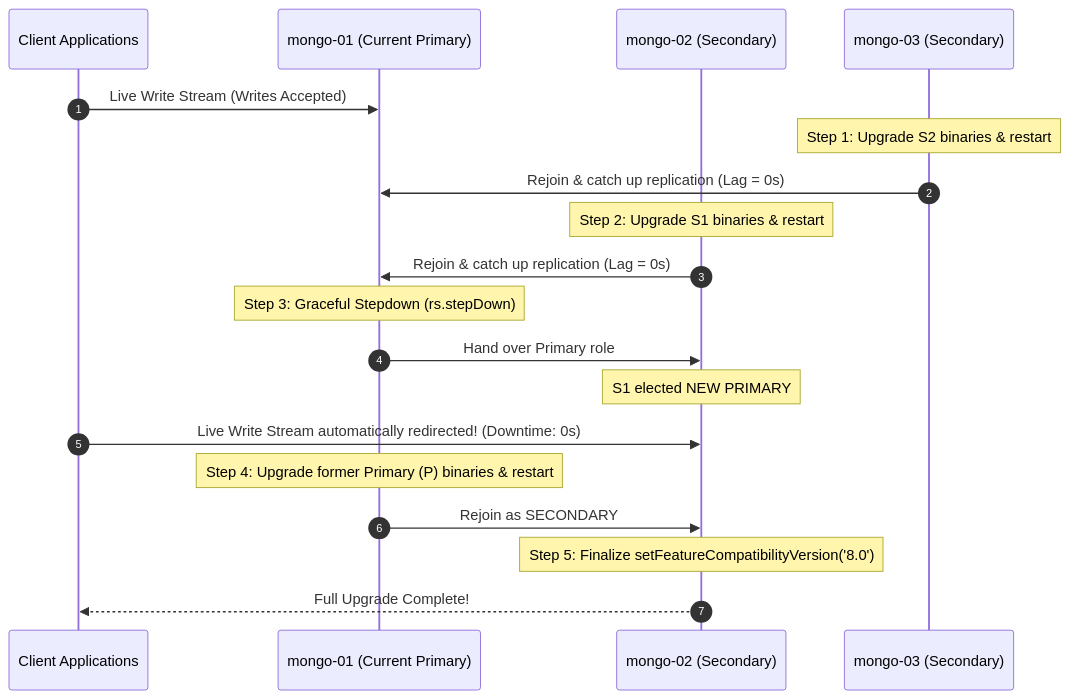
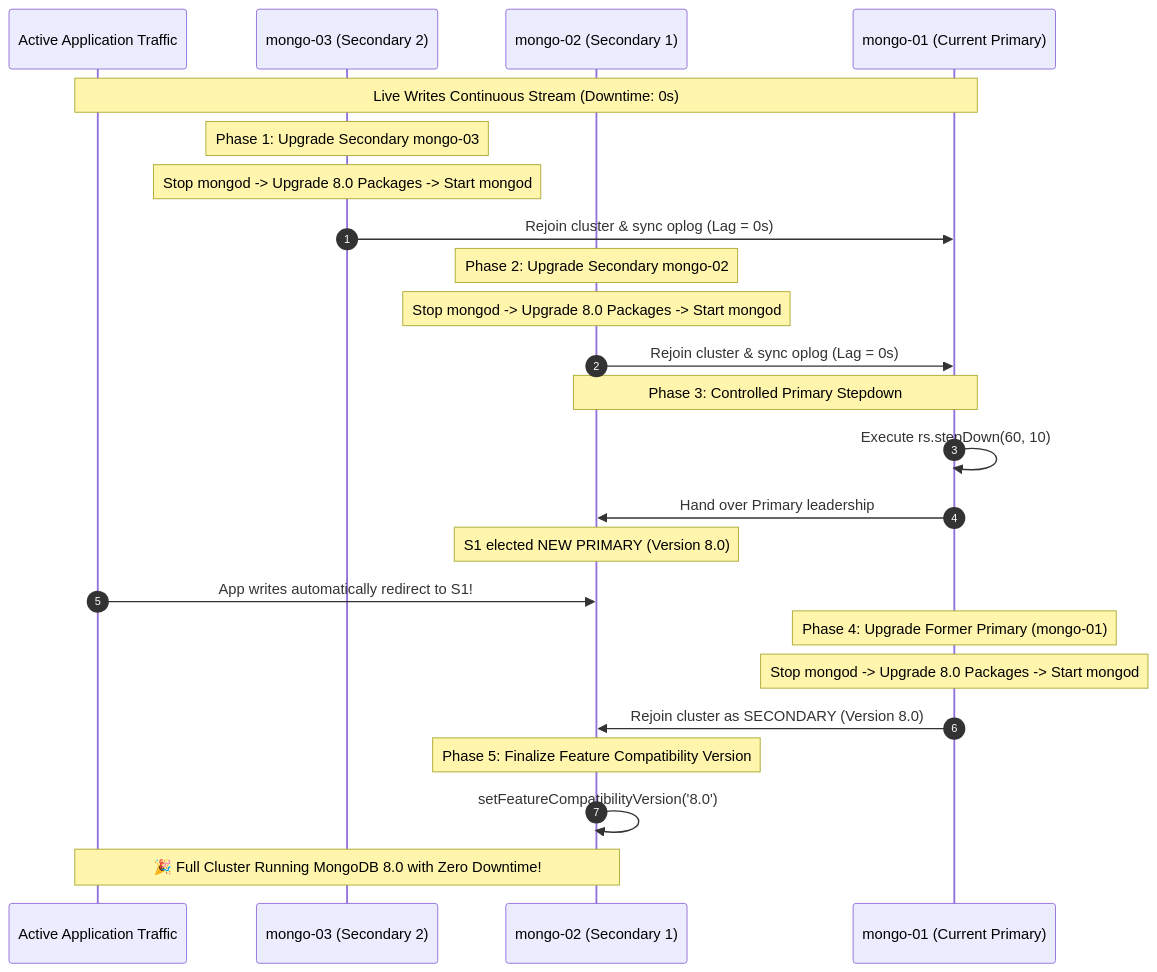
Before and after one commit to fahimahammed/db-house: the seventh of 7 diagrams in mongodb-enterprise-cluster/README.md, drawn with Mermaid. The commit also changed other lines of this file and 2 other files, not shown here.

Commit message:
feat: Clean up playbook headers by removing unnecessary comments in disaster recovery and rolling upgrade scripts

````diff
--- a/mongodb-enterprise-cluster/README.md
+++ b/mongodb-enterprise-cluster/README.md
@@ -175,22 +260,32 @@
 ```mermaid
 sequenceDiagram
     autonumber
-    participant App as Client Applications
+    participant App as Active Application Traffic
+    participant S2 as mongo-03 (Secondary 2)
+    participant S1 as mongo-02 (Secondary 1)
     participant P as mongo-01 (Current Primary)
-    participant S1 as mongo-02 (Secondary)
-    participant S2 as mongo-03 (Secondary)
 
-    App->>P: Live Write Stream (Writes Accepted)
-    Note over S2: Step 1: Upgrade S2 binaries & restart
-    S2->>P: Rejoin & catch up replication (Lag = 0s)
-    Note over S1: Step 2: Upgrade S1 binaries & restart
-    S1->>P: Rejoin & catch up replication (Lag = 0s)
-    Note over P: Step 3: Graceful Stepdown (rs.stepDown)
-    P->>S1: Hand over Primary role
-    Note over S1: S1 elected NEW PRIMARY
-    App->>S1: Live Write Stream automatically redirected! (Downtime: 0s)
-    Note over P: Step 4: Upgrade former Primary (P) binaries & restart
-    P->>S1: Rejoin as SECONDARY
-    Note over S1: Step 5: Finalize setFeatureCompatibilityVersion('8.0')
-    S1-->>App: Full Upgrade Complete!
+    Note over App,P: Live Writes Continuous Stream (Downtime: 0s)
+    
+    Note over S2: Phase 1: Upgrade Secondary mongo-03
+    Note over S2: Stop mongod -> Upgrade 8.0 Packages -> Start mongod
+    S2->>P: Rejoin cluster & sync oplog (Lag = 0s)
+
+    Note over S1: Phase 2: Upgrade Secondary mongo-02
+    Note over S1: Stop mongod -> Upgrade 8.0 Packages -> Start mongod
+    S1->>P: Rejoin cluster & sync oplog (Lag = 0s)
+
+    Note over P,S1: Phase 3: Controlled Primary Stepdown
+    P->>P: Execute rs.stepDown(60, 10)
+    P->>S1: Hand over Primary leadership
+    Note over S1: S1 elected NEW PRIMARY (Version 8.0)
+    App->>S1: App writes automatically redirect to S1!
+
+    Note over P: Phase 4: Upgrade Former Primary (mongo-01)
+    Note over P: Stop mongod -> Upgrade 8.0 Packages -> Start mongod
+    P->>S1: Rejoin cluster as SECONDARY (Version 8.0)
+
+    Note over S1: Phase 5: Finalize Feature Compatibility Version
+    S1->>S1: setFeatureCompatibilityVersion('8.0')
+    Note over App,S1: 🎉 Full Cluster Running MongoDB 8.0 with Zero Downtime!
 ```
````
